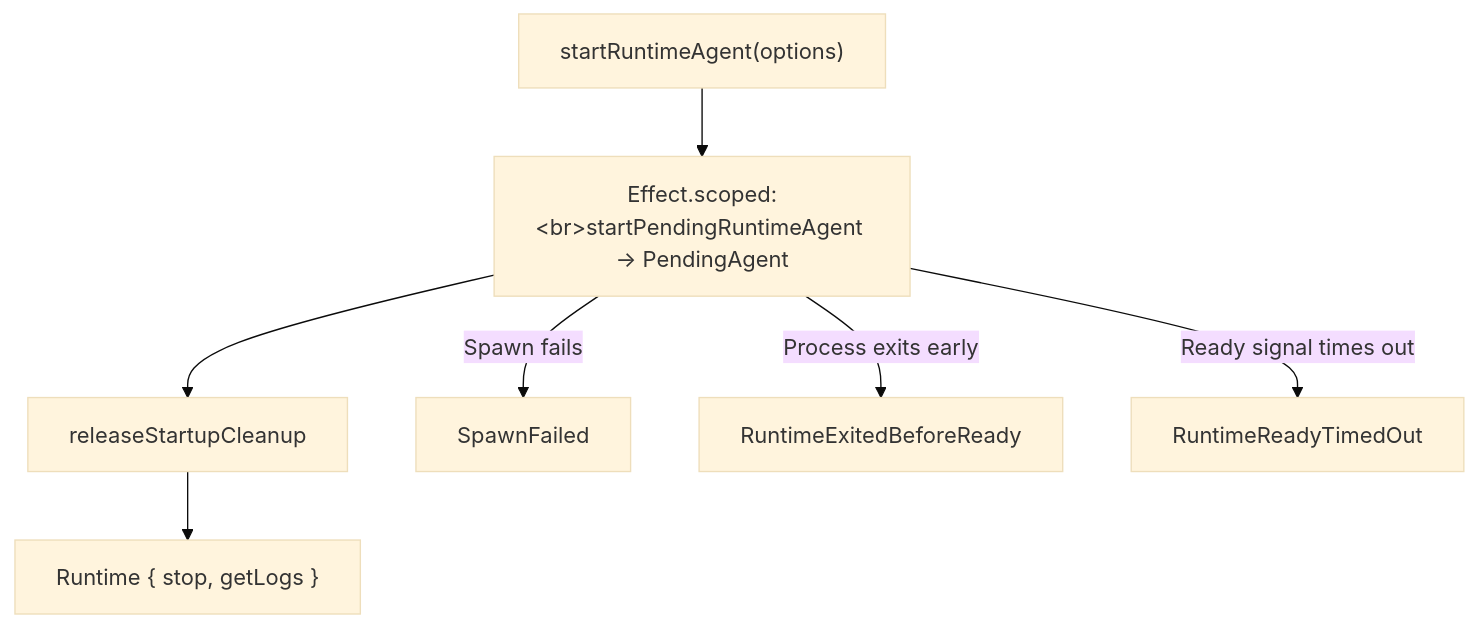
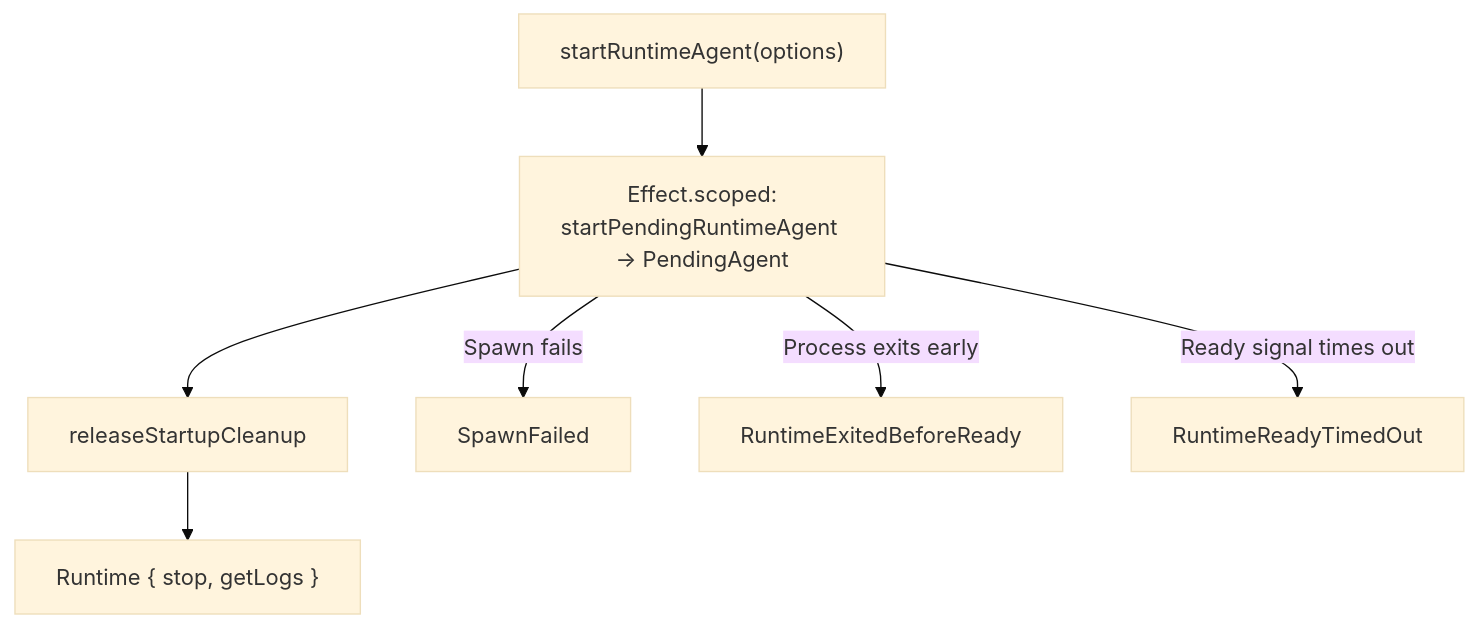
Before and after one commit to chughtapan/moltzap: the eighth of 8 diagrams in packages/runtimes/src/MODULE.md, drawn with Mermaid (base theme). The commit also changed other lines of this file and 33 other files, not shown here.

First line of the commit message:
docs(mermaid): use literal <br> in JSDoc sequence/state diagrams; drop dead inferConversationType test

````diff
--- a/packages/runtimes/src/MODULE.md
+++ b/packages/runtimes/src/MODULE.md
@@ -743,10 +743,10 @@
 ```mermaid
 flowchart TD
   A["startRuntimeAgent(options)"]
-  A --> B["Effect.scoped:&lt;br>startPendingRuntimeAgent → PendingAgent"]
+  A --> B["Effect.scoped:<br>startPendingRuntimeAgent → PendingAgent"]
   B --> C[releaseStartupCleanup]
   C --> D["Runtime { stop, getLogs }"]
   B -->|Spawn fails| E[SpawnFailed]
   B -->|Process exits early| F[RuntimeExitedBeforeReady]
   B -->|Ready signal times out| G[RuntimeReadyTimedOut]
 ```
````
